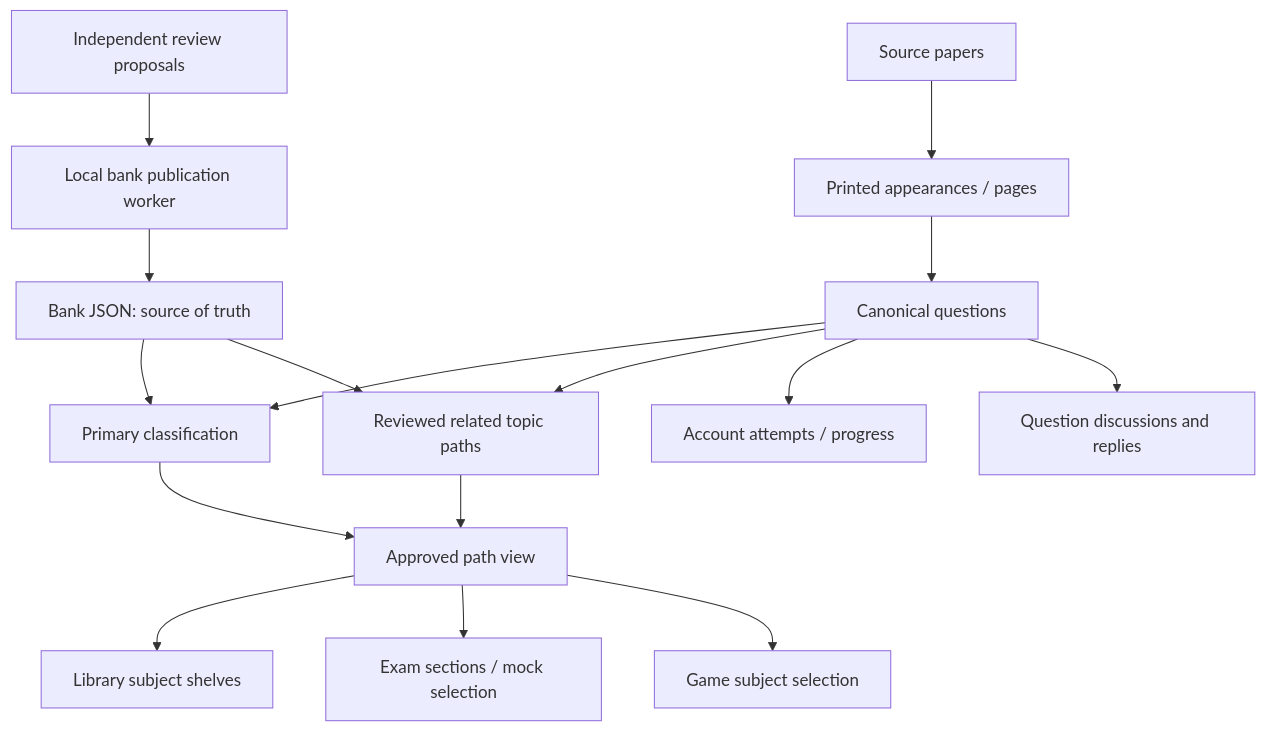
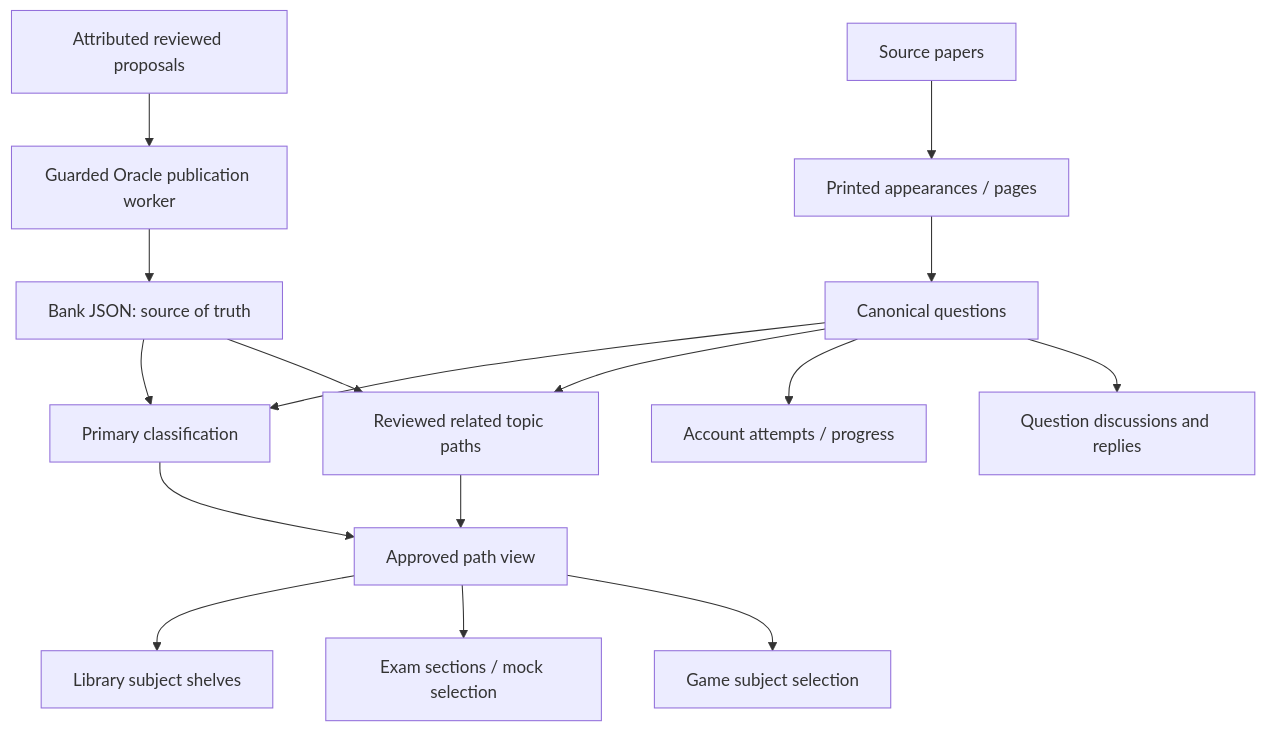
The diagram in docs/LIBRARY-TOPICS.md (gasey/study_website), drawn with Mermaid before and after one commit. The commit also changed other lines of this file and 114 other files, not shown here.

````diff
--- a/docs/LIBRARY-TOPICS.md
+++ b/docs/LIBRARY-TOPICS.md
@@ -9,18 +13,18 @@
 ```mermaid
 flowchart TD
   papers[Source papers] --> appearances[Printed appearances / pages]
   appearances --> canonical[Canonical questions]
   canonical --> primary[Primary classification]
   canonical --> related[Reviewed related topic paths]
   primary --> paths[Approved path view]
   related --> paths
   paths --> shelves[Library subject shelves]
   paths --> exams[Exam sections / mock selection]
   paths --> games[Game subject selection]
   canonical --> attempts[Account attempts / progress]
   canonical --> posts[Question discussions and replies]
-  proposals[Independent review proposals] --> worker[Local bank publication worker]
+  proposals[Attributed reviewed proposals] --> worker[Guarded Oracle publication worker]
   worker --> bank[Bank JSON: source of truth]
   bank --> primary
   bank --> related
 ```
````
